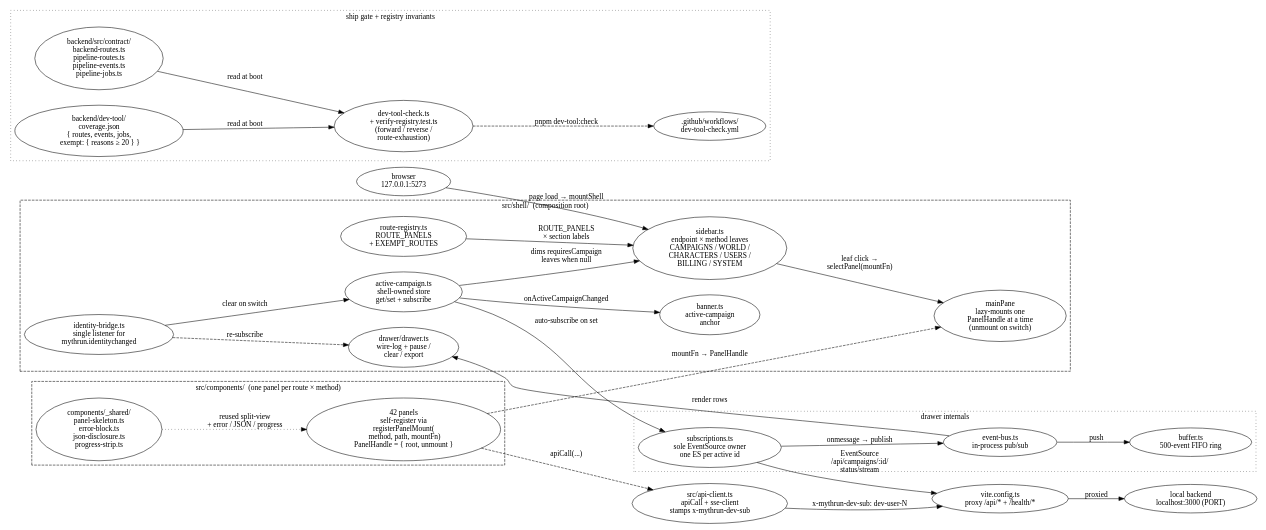
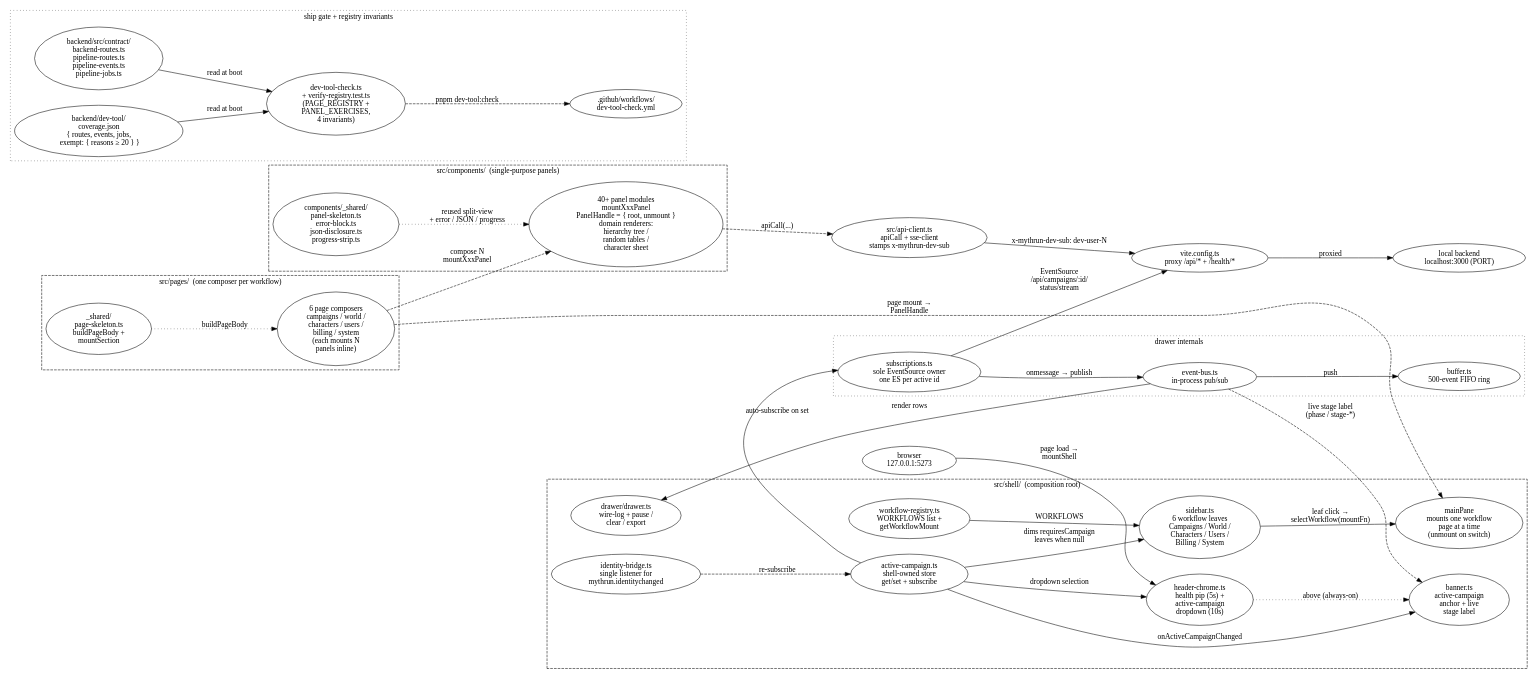
Before and after one commit to mythrun/mythrun: the diagram in docs/wiki/diagrams/runtime/dev-tool.dot, drawn with Graphviz. The commit also changed 54 other files, not shown here.

First line of the commit message:
docs(wiki): sync for session's 10 beads — workflow-page reorg + flow change + UX

```diff
--- a/docs/wiki/diagrams/runtime/dev-tool.dot
+++ b/docs/wiki/diagrams/runtime/dev-tool.dot
@@ -1,91 +1,107 @@
 digraph dev_tool {
-  // The dev tool shell. A throwaway, local-only engineering UI: one panel
-  // per backend route × method. A shell-owned active-campaign store + a
-  // persistent right-side wire-log drawer (sole EventSource owner) feed
-  // every panel. The ship gate (pnpm dev-tool:check) plus a registry
-  // invariant test keep coverage honest.
+  // The dev tool shell. A throwaway, local-only engineering UI. The
+  // sidebar drives 6 entity-scoped workflow pages; each page composes
+  // multiple single-purpose panel mount fns into a scrolling column.
+  // Header chrome (always-on health pip + active-campaign dropdown)
+  // sits above the banner; a persistent right-side drawer owns the
+  // sole EventSource for the active campaign. The ship gate
+  // (pnpm dev-tool:check) plus a registry invariant test keep
+  // coverage honest.
   rankdir=LR;
   compound=true;
   nodesep=0.4;
   ranksep=0.7;
 
   browser [label="browser\n127.0.0.1:5273", color="ember", fontcolor="ember"];
 
   subgraph cluster_shell {
     label="src/shell/  (composition root)";
     style="dashed";
     color="ember";
     fontcolor="ember";
 
-    sidebar      [label="sidebar.ts\nendpoint × method leaves\nCAMPAIGNS / WORLD /\nCHARACTERS / USERS /\nBILLING / SYSTEM"];
-    banner       [label="banner.ts\nactive-campaign\nanchor"];
-    mainPane     [label="mainPane\nlazy-mounts one\nPanelHandle at a time\n(unmount on switch)"];
+    chrome       [label="header-chrome.ts\nhealth pip (5s) +\nactive-campaign\ndropdown (10s)"];
+    sidebar      [label="sidebar.ts\n6 workflow leaves\nCampaigns / World /\nCharacters / Users /\nBilling / System"];
+    banner       [label="banner.ts\nactive-campaign\nanchor + live\nstage label"];
+    mainPane     [label="mainPane\nmounts one workflow\npage at a time\n(unmount on switch)"];
     drawer       [label="drawer/drawer.ts\nwire-log + pause /\nclear / export"];
     activeCamp   [label="active-campaign.ts\nshell-owned store\nget/set + subscribe"];
     identityBr   [label="identity-bridge.ts\nsingle listener for\nmythrun.identitychanged"];
-    routeReg     [label="route-registry.ts\nROUTE_PANELS\n+ EXEMPT_ROUTES"];
+    workflowReg  [label="workflow-registry.ts\nWORKFLOWS list +\ngetWorkflowMount"];
+  }
+
+  subgraph cluster_pages {
+    label="src/pages/  (one composer per workflow)";
+    style="dashed";
+
+    pages [label="6 page composers\ncampaigns / world /\ncharacters / users /\nbilling / system\n(each mounts N\npanels inline)"];
+    pageShared [label="_shared/\npage-skeleton.ts\nbuildPageBody +\nmountSection"];
   }
 
   subgraph cluster_drawer_internals {
     label="drawer internals";
     style="dotted";
 
     subs   [label="subscriptions.ts\nsole EventSource owner\none ES per active id"];
     bus    [label="event-bus.ts\nin-process pub/sub"];
     buffer [label="buffer.ts\n500-event FIFO ring"];
   }
 
   subgraph cluster_panels {
-    label="src/components/  (one panel per route × method)";
+    label="src/components/  (single-purpose panels)";
     style="dashed";
 
-    panels [label="42 panels\nself-register via\nregisterPanelMount(\n  method, path, mountFn)\nPanelHandle = { root, unmount }"];
+    panels [label="40+ panel modules\nmountXxxPanel\nPanelHandle = { root, unmount }\ndomain renderers:\nhierarchy tree /\nrandom tables /\ncharacter sheet"];
     shared [label="components/_shared/\npanel-skeleton.ts\nerror-block.ts\njson-disclosure.ts\nprogress-strip.ts"];
   }
 
   subgraph cluster_gate {
     label="ship gate + registry invariants";
     style="dotted";
 
     contracts [label="backend/src/contract/\nbackend-routes.ts\npipeline-routes.ts\npipeline-events.ts\npipeline-jobs.ts"];
     coverage  [label="backend/dev-tool/\ncoverage.json\n{ routes, events, jobs,\n  exempt: { reasons ≥ 20 } }"];
-    check     [label="dev-tool-check.ts\n+ verify-registry.test.ts\n(forward / reverse /\nroute-exhaustion)"];
+    check     [label="dev-tool-check.ts\n+ verify-registry.test.ts\n(PAGE_REGISTRY +\nPANEL_EXERCISES,\n4 invariants)"];
     ci        [label=".github/workflows/\ndev-tool-check.yml"];
   }
 
   vite    [label="vite.config.ts\nproxy /api/* + /health/*"];
   api     [label="src/api-client.ts\napiCall + sse-client\nstamps x-mythrun-dev-sub"];
   backend [label="local backend\nlocalhost:3000 (PORT)", color="ember", fontcolor="ember"];
 
   // Browser → shell mount
-  browser -> sidebar [label="page load → mountShell"];
-  sidebar -> mainPane [label="leaf click →\nselectPanel(mountFn)"];
-  routeReg -> sidebar [label="ROUTE_PANELS\n× section labels"];
-  panels -> mainPane [label="mountFn → PanelHandle", style=dashed];
+  browser -> chrome [label="page load →\nmountShell"];
+  chrome -> banner [label="above (always-on)", style=dotted];
+  sidebar -> mainPane [label="leaf click →\nselectWorkflow(mountFn)"];
+  workflowReg -> sidebar [label="WORKFLOWS"];
+  pages -> mainPane [label="page mount →\nPanelHandle", style=dashed];
+  pageShared -> pages [style=dotted, label="buildPageBody"];
+  pages -> panels [label="compose N\nmountXxxPanel", style=dashed];
   shared -> panels [style=dotted, label="reused split-view\n+ error / JSON / progress"];
 
   // Active-campaign fan-out
+  activeCamp -> chrome [label="dropdown selection"];
   activeCamp -> banner [label="onActiveCampaignChanged"];
   activeCamp -> sidebar [label="dims requiresCampaign\nleaves when null"];
   activeCamp -> subs [label="auto-subscribe on set"];
 
   // Identity bridge
-  identityBr -> activeCamp [label="clear on switch"];
-  identityBr -> drawer [label="re-subscribe", style=dashed];
+  identityBr -> activeCamp [label="re-subscribe", style=dashed];
 
   // Drawer internals
   subs -> bus [label="onmessage → publish"];
   bus -> buffer [label="push"];
   bus -> drawer [label="render rows"];
+  bus -> banner [label="live stage label\n(phase / stage-*)", style=dashed];
 
   // HTTP path
   panels -> api [label="apiCall(...)", style=dashed];
   api -> vite [label="x-mythrun-dev-sub: dev-user-N"];
   vite -> backend [label="proxied"];
   subs -> vite [label="EventSource\n/api/campaigns/:id/\nstatus/stream"];
 
   // Ship gate path
   contracts -> check [label="read at boot"];
   coverage -> check [label="read at boot"];
   check -> ci [label="pnpm dev-tool:check", style=dashed];
 }
```
